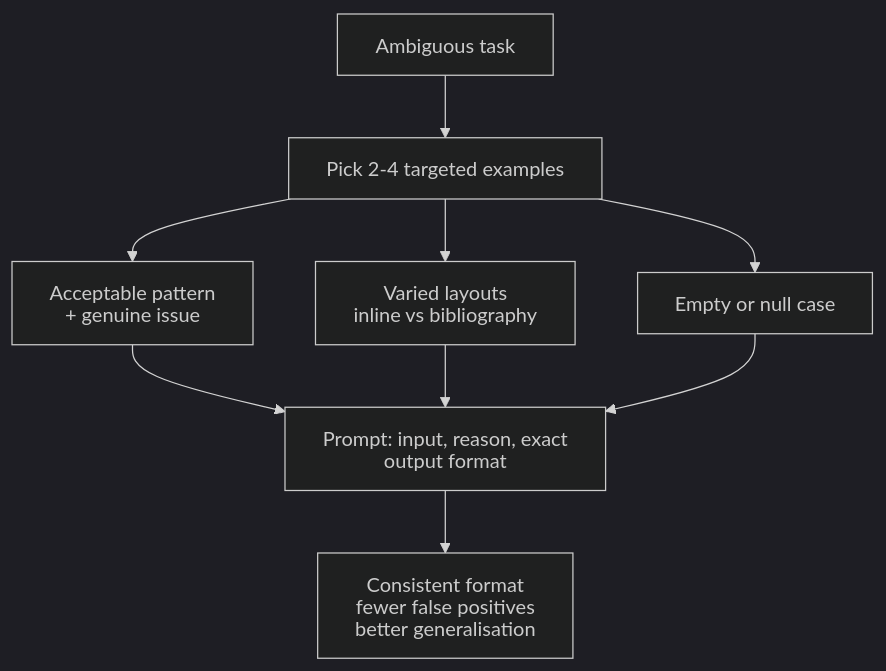
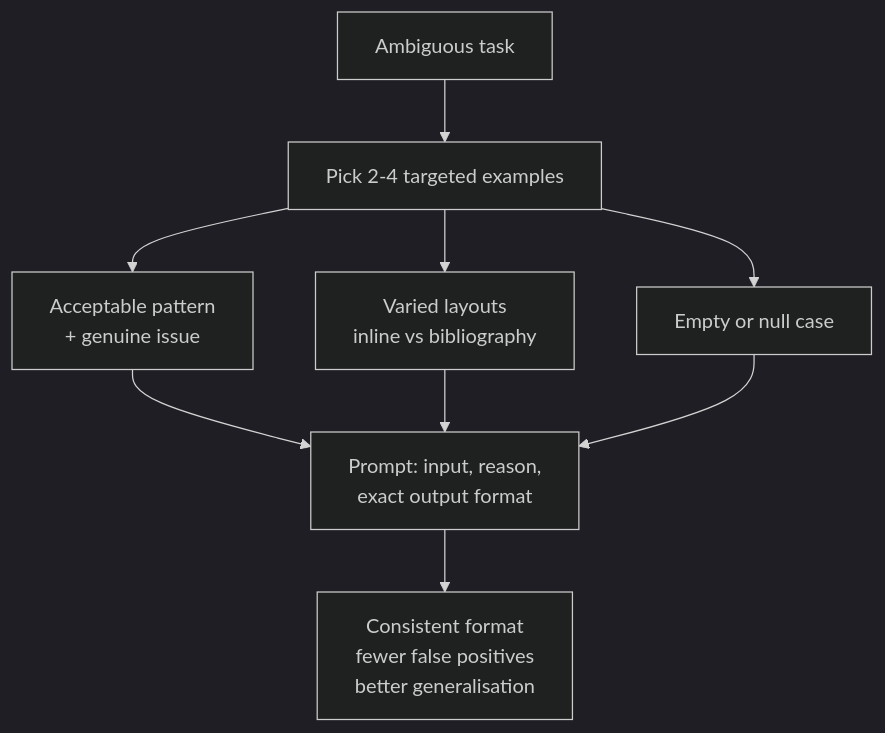
Before and after one commit to dip4k/claude_cert_architect_foundation_prep: the diagram in domain4/ts_4_2_few_shot_and_multi_instance/README.md, drawn with Mermaid (dark theme). The commit also changed 99 other files, not shown here.

````diff
--- a/domain4/ts_4_2_few_shot_and_multi_instance/README.md
+++ b/domain4/ts_4_2_few_shot_and_multi_instance/README.md
@@ -97,15 +97,11 @@
 ```mermaid
----
-config:
-  htmlLabels: false
----
 flowchart TD
     Task["Ambiguous task"] --> Pick["Pick 2-4 targeted examples"]
     Pick --> Pair["Acceptable pattern<br>+ genuine issue"]
     Pick --> Layout["Varied layouts<br>inline vs bibliography"]
     Pick --> Empty["Empty or null case"]
-    Pair --> Prompt["Prompt: input, reason, exact output format"]
+    Pair --> Prompt["Prompt: input, reason,<br>exact output format"]
     Layout --> Prompt
     Empty --> Prompt
     Prompt --> Result["Consistent format<br>fewer false positives<br>better generalisation"]
 ```
````
